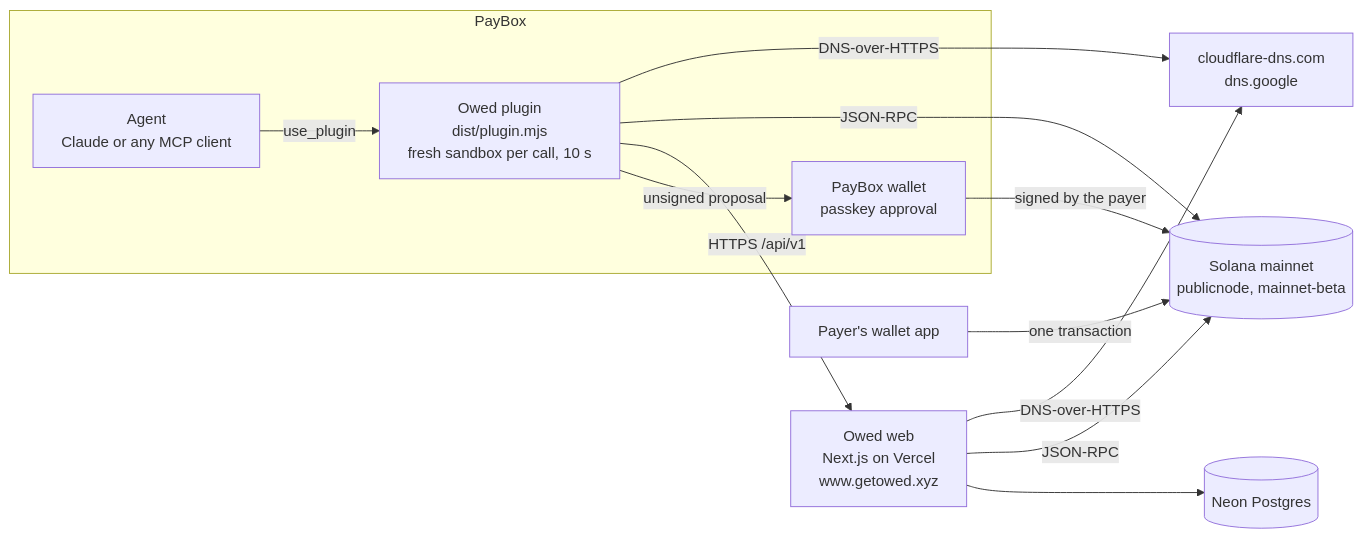
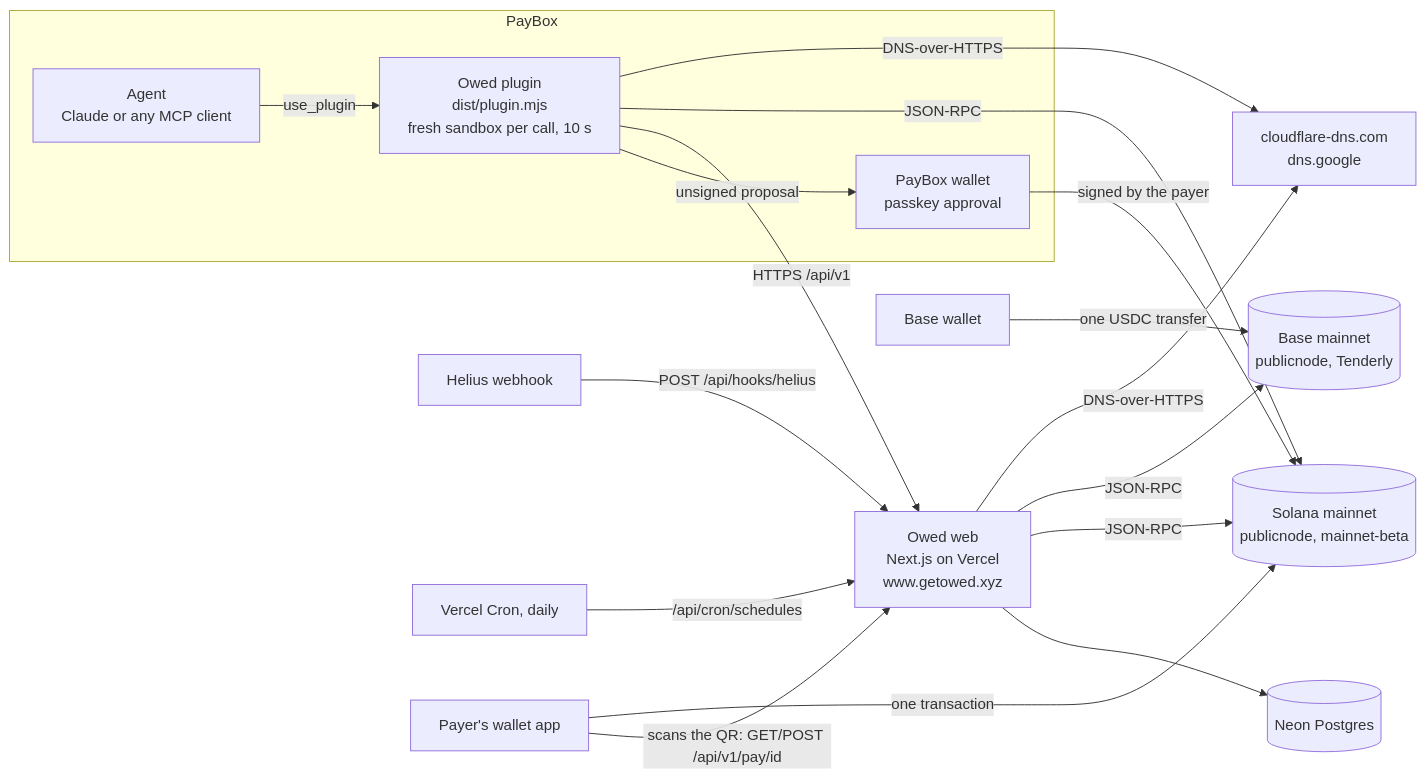
Before and after one commit to rajkaria/owed: the diagram in docs/ARCHITECTURE.md, drawn with Mermaid. The commit also changed other lines of this file and 14 other files, not shown here.

````diff
--- a/docs/ARCHITECTURE.md
+++ b/docs/ARCHITECTURE.md
@@ -5,15 +5,20 @@
 ```mermaid
 flowchart LR
   subgraph PayBox
     A[Agent<br/>Claude or any MCP client] -->|use_plugin| P[Owed plugin<br/>dist/plugin.mjs<br/>fresh sandbox per call, 10 s]
     P -->|unsigned proposal| W[PayBox wallet<br/>passkey approval]
   end
   P -->|HTTPS /api/v1| S[Owed web<br/>Next.js on Vercel<br/>www.getowed.xyz]
   P -->|JSON-RPC| R[(Solana mainnet<br/>publicnode, mainnet-beta)]
   P -->|DNS-over-HTTPS| D[cloudflare-dns.com<br/>dns.google]
   S --> DB[(Neon Postgres)]
   S -->|JSON-RPC| R
+  S -->|JSON-RPC| B[(Base mainnet<br/>publicnode, Tenderly)]
   S -->|DNS-over-HTTPS| D
-  X[Payer's wallet app] -->|one transaction| R
+  H[Helius webhook] -->|POST /api/hooks/helius| S
+  C[Vercel Cron, daily] -->|/api/cron/schedules| S
+  X[Payer's wallet app] -->|scans the QR: GET/POST /api/v1/pay/id| S
+  X -->|one transaction| R
   W -->|signed by the payer| R
+  E[Base wallet] -->|one USDC transfer| B
 ```
````
